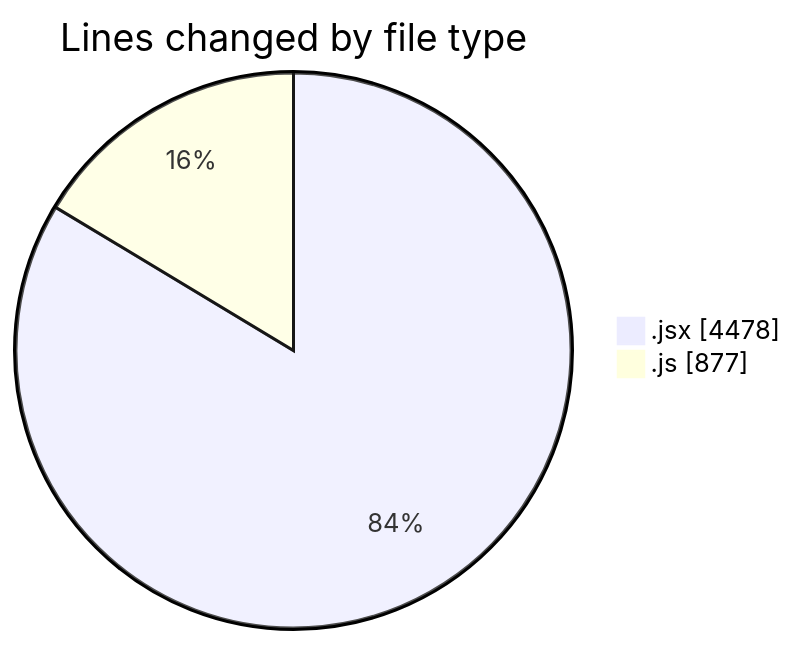
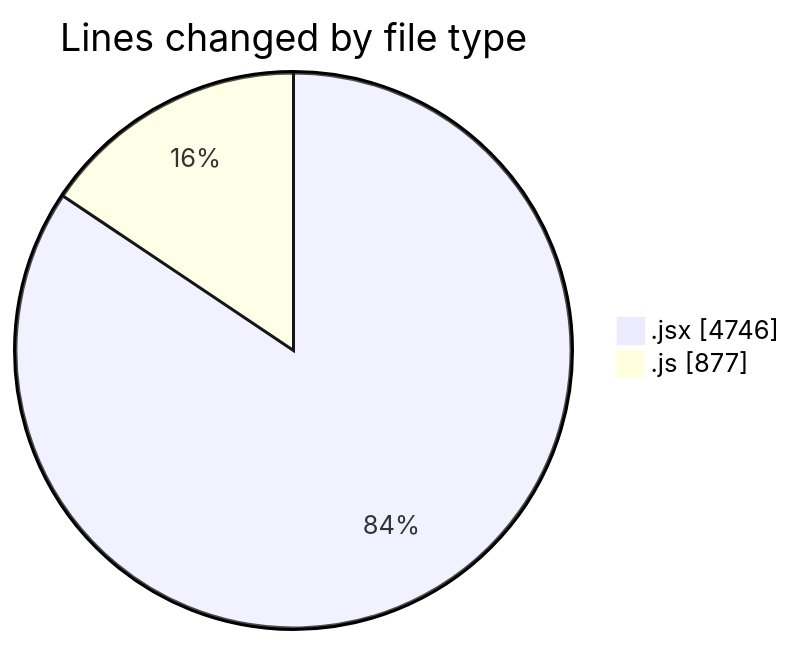
The first of 2 diagrams in 2025-07-21/nxtqube_webapp/README.md (nxtqubesakshisongat/code-tracking), drawn with Mermaid before and after one commit. The commit also changed other lines of this file and 1 other file, not shown here.

````diff
--- a/2025-07-21/nxtqube_webapp/README.md
+++ b/2025-07-21/nxtqube_webapp/README.md
@@ -27,6 +28,6 @@
 ```mermaid
 pie showData
 title Lines changed by file type
-".jsx" : 4478
+".jsx" : 4746
 ".js" : 877
 ```
````
